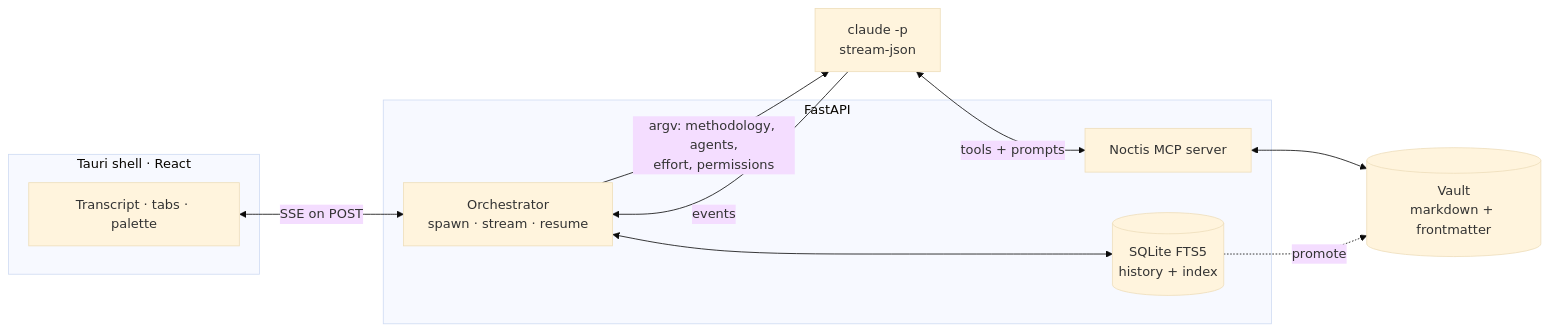
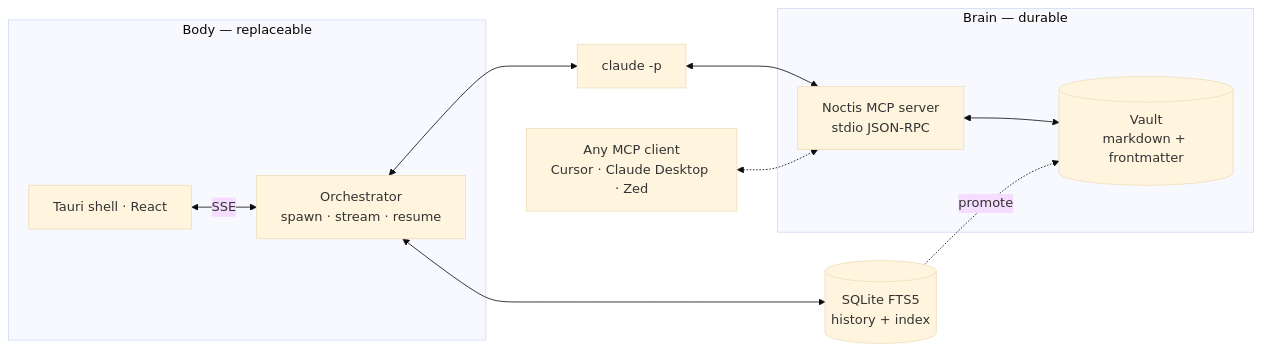
One commit to shaynesss/noctis-os changed the diagram in README.md. Above: the diagram before and after it, drawn with Mermaid (base theme). The commit also changed other lines of this file and 2 other files, not shown here.

````diff
--- a/README.md
+++ b/README.md
@@ -51,23 +47,24 @@
 ```mermaid
 flowchart LR
-    subgraph Shell[Tauri shell · React]
-        UI[Transcript · tabs · palette]
+    subgraph Body[Body — replaceable]
+        UI[Tauri shell · React]
+        Orch[Orchestrator<br/>spawn · stream · resume]
     end
 
-    subgraph Backend[FastAPI]
-        Orch[Orchestrator<br/>spawn · stream · resume]
-        MCP[Noctis MCP server]
-        Store[(SQLite FTS5<br/>history + index)]
+    subgraph Brain[Brain — durable]
+        MCP[Noctis MCP server<br/>stdio JSON-RPC]
+        Vault[(Vault<br/>markdown + frontmatter)]
     end
 
-    Vault[(Vault<br/>markdown + frontmatter)]
-    CC[claude -p<br/>stream-json]
+    Store[(SQLite FTS5<br/>history + index)]
+    CC[claude -p]
+    Other[Any MCP client<br/>Cursor · Claude Desktop · Zed]
 
-    UI <-->|SSE on POST| Orch
-    Orch -->|argv: methodology, agents,<br/>effort, permissions| CC
-    CC -->|events| Orch
-    CC <-->|tools + prompts| MCP
+    UI <-->|SSE| Orch
+    Orch <--> CC
+    CC <--> MCP
+    Other <-.-> MCP
     MCP <--> Vault
     Orch <--> Store
     Store -.->|promote| Vault
 ```
````
